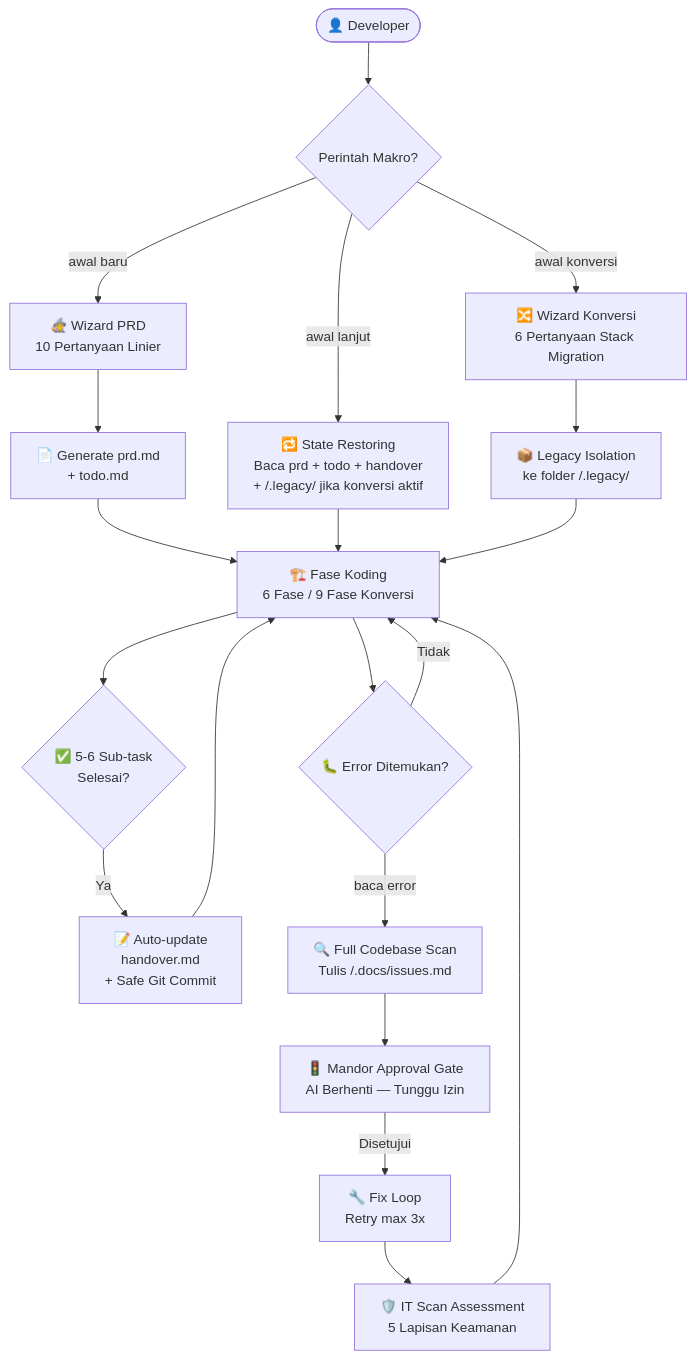
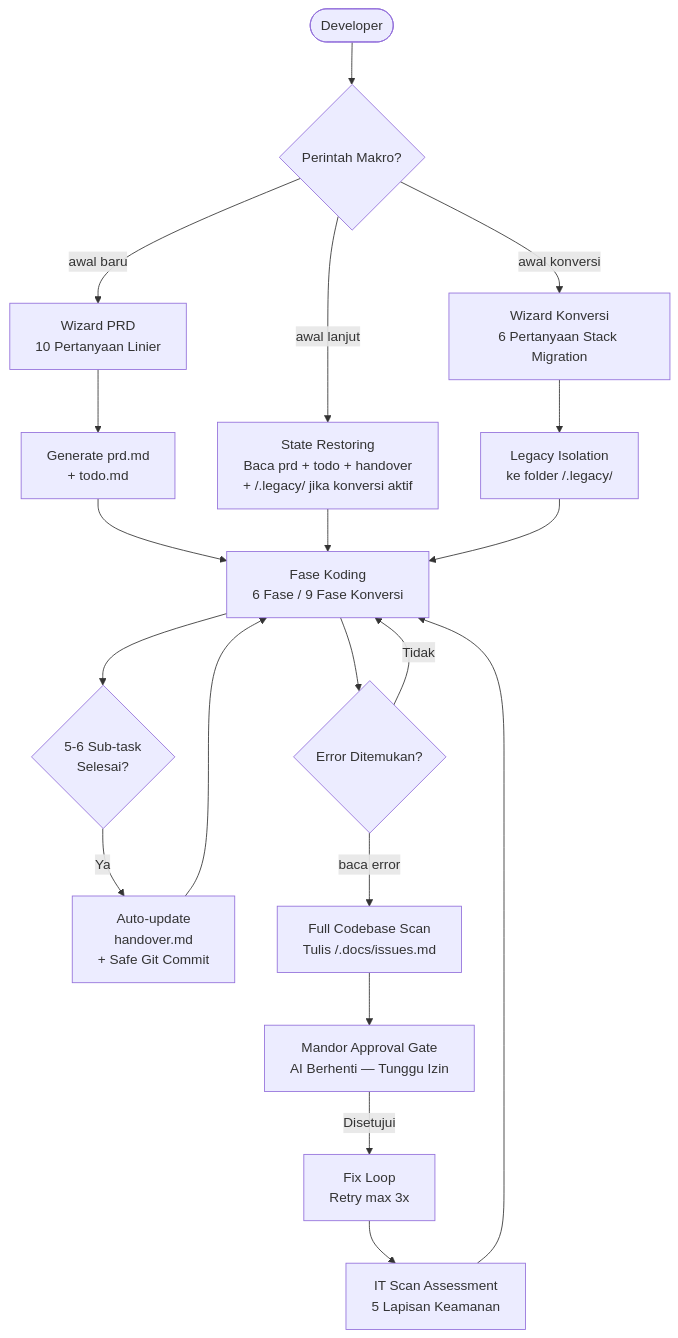
The diagram in README.md (Noisesless/brainvibes), drawn with Mermaid before and after one commit. The commit also changed other lines of this file and 16 other files, not shown here.

````diff
--- a/README.md
+++ b/README.md
@@ -316,28 +314,28 @@
 ```mermaid
 graph TD
-    START([👤 Developer]) --> CMD{Perintah Makro?}
+    START([Developer]) --> CMD{Perintah Makro?}
 
-    CMD -- "awal baru" --> INIT[🧙 Wizard PRD\n10 Pertanyaan Linier]
-    INIT --> PRD[📄 Generate prd.md\n+ todo.md]
-    PRD --> PHASE[🏗️ Fase Koding\n6 Fase / 9 Fase Konversi]
+    CMD -- "awal baru" --> INIT[Wizard PRD\n10 Pertanyaan Linier]
+    INIT --> PRD[Generate prd.md\n+ todo.md]
+    PRD --> PHASE[Fase Koding\n6 Fase / 9 Fase Konversi]
 
-    CMD -- "awal lanjut" --> RESTORE[🔁 State Restoring\nBaca prd + todo + handover\n+ /.legacy/ jika konversi aktif]
+    CMD -- "awal lanjut" --> RESTORE[State Restoring\nBaca prd + todo + handover\n+ /.legacy/ jika konversi aktif]
     RESTORE --> PHASE
 
-    CMD -- "awal konversi" --> WIZARD[🔀 Wizard Konversi\n6 Pertanyaan Stack Migration]
-    WIZARD --> LEGACY[📦 Legacy Isolation\nke folder /.legacy/]
+    CMD -- "awal konversi" --> WIZARD[Wizard Konversi\n6 Pertanyaan Stack Migration]
+    WIZARD --> LEGACY[Legacy Isolation\nke folder /.legacy/]
     LEGACY --> PHASE
 
-    PHASE --> TASK{✅ 5-6 Sub-task\nSelesai?}
-    TASK -- Ya --> HANDOVER[📝 Auto-update\nhandover.md\n+ Safe Git Commit]
+    PHASE --> TASK{5-6 Sub-task\nSelesai?}
+    TASK -- Ya --> HANDOVER[Auto-update\nhandover.md\n+ Safe Git Commit]
     HANDOVER --> PHASE
 
-    PHASE --> BUG{🐛 Error Ditemukan?}
-    BUG -- "baca error" --> SCAN[🔍 Full Codebase Scan\nTulis /.docs/issues.md]
-    SCAN --> GATE[🚦 Mandor Approval Gate\nAI Berhenti — Tunggu Izin]
-    GATE -- Disetujui --> FIX[🔧 Fix Loop\nRetry max 3x]
-    FIX --> ITSA[🛡️ IT Scan Assessment\n5 Lapisan Keamanan]
+    PHASE --> BUG{Error Ditemukan?}
+    BUG -- "baca error" --> SCAN[Full Codebase Scan\nTulis /.docs/issues.md]
+    SCAN --> GATE[Mandor Approval Gate\nAI Berhenti — Tunggu Izin]
+    GATE -- Disetujui --> FIX[Fix Loop\nRetry max 3x]
+    FIX --> ITSA[IT Scan Assessment\n5 Lapisan Keamanan]
     ITSA --> PHASE
 
     BUG -- Tidak --> PHASE
 ```
````
